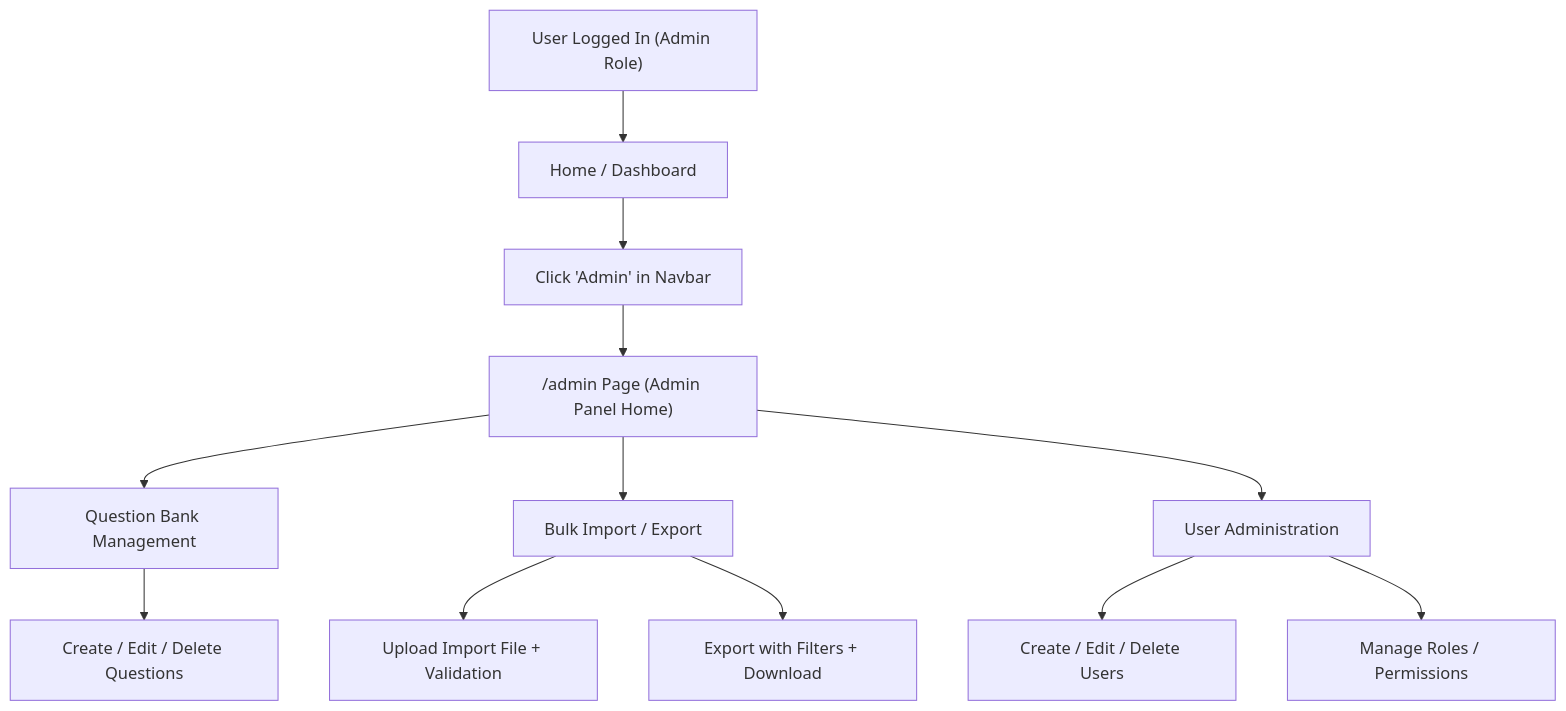
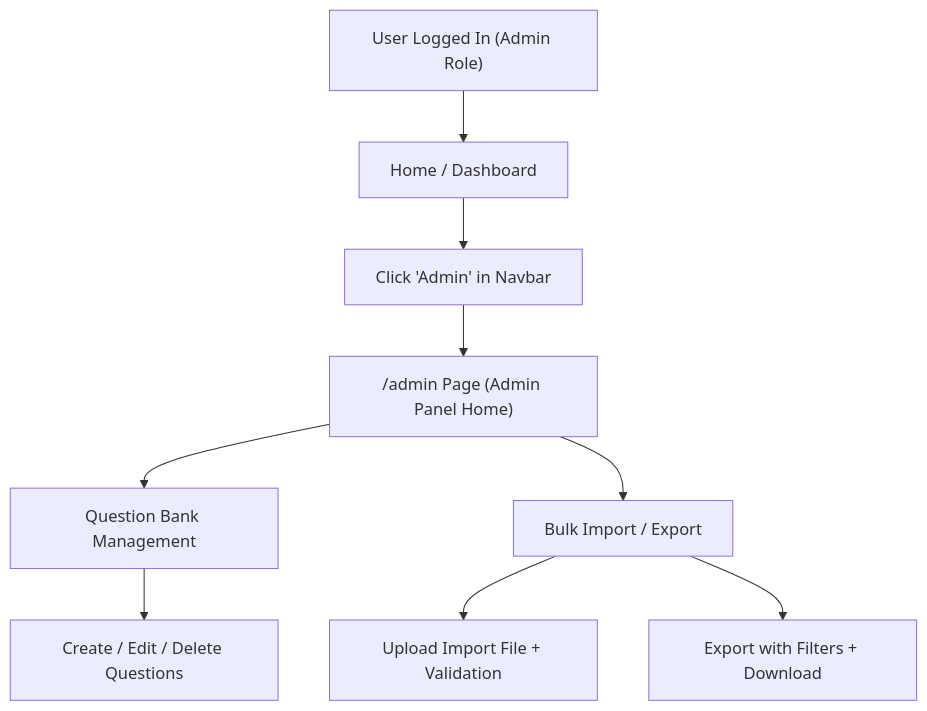
The first of 3 diagrams in docs/user-flows/admin-panel-flow.md (bprof-spec-codes/codelingo), drawn with Mermaid before and after one commit. The commit also changed other lines of this file, not shown here.

Commit message:
updated Admin Panel User Flow doc

````diff
--- a/docs/user-flows/admin-panel-flow.md
+++ b/docs/user-flows/admin-panel-flow.md
@@ -22,17 +21,14 @@
 ```mermaid
 flowchart TD
     A["User Logged In (Admin Role)"] --> B["Home / Dashboard"]
     B --> C["Click 'Admin' in Navbar"]
     C --> D["/admin Page (Admin Panel Home)"]
 
     D --> E["Question Bank Management"]
     D --> F["Bulk Import / Export"]
-    D --> G["User Administration"]
 
     E --> E1["Create / Edit / Delete Questions"]
     F --> F1["Upload Import File + Validation"]
     F --> F2["Export with Filters + Download"]
-    G --> G1["Create / Edit / Delete Users"]
-    G --> G2["Manage Roles / Permissions"]
 
 ```
````
